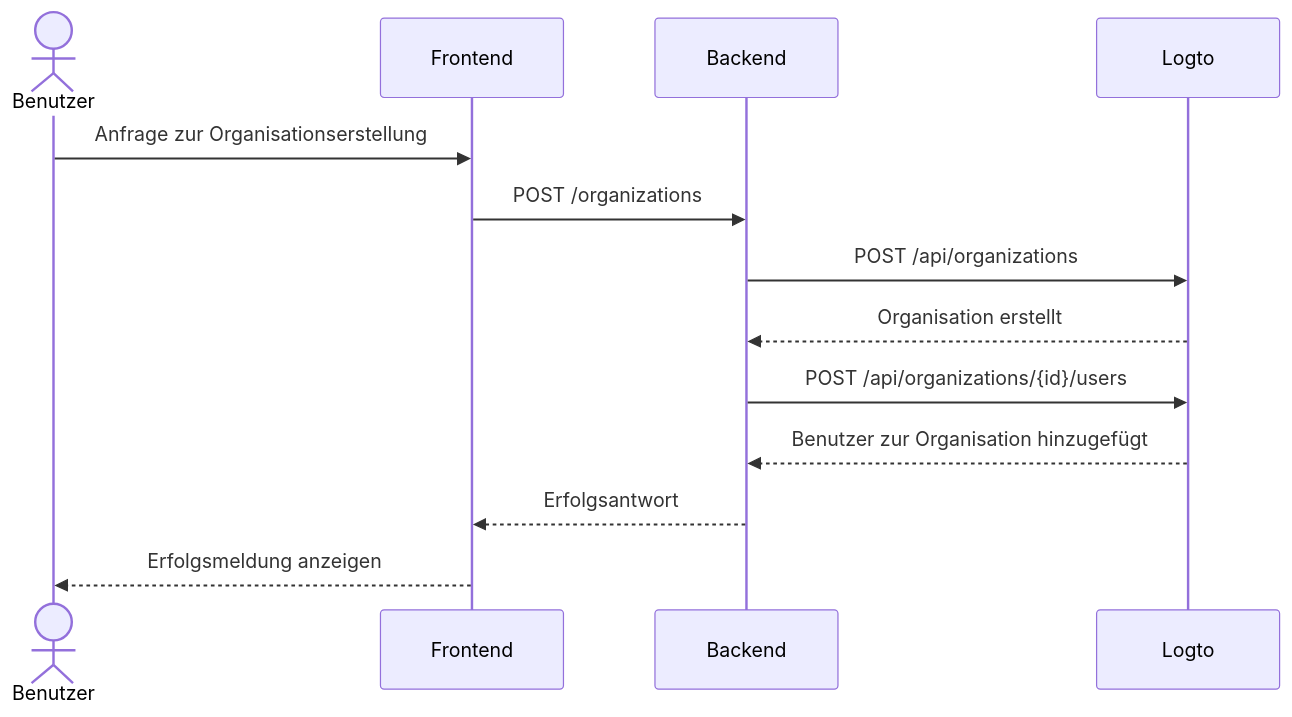
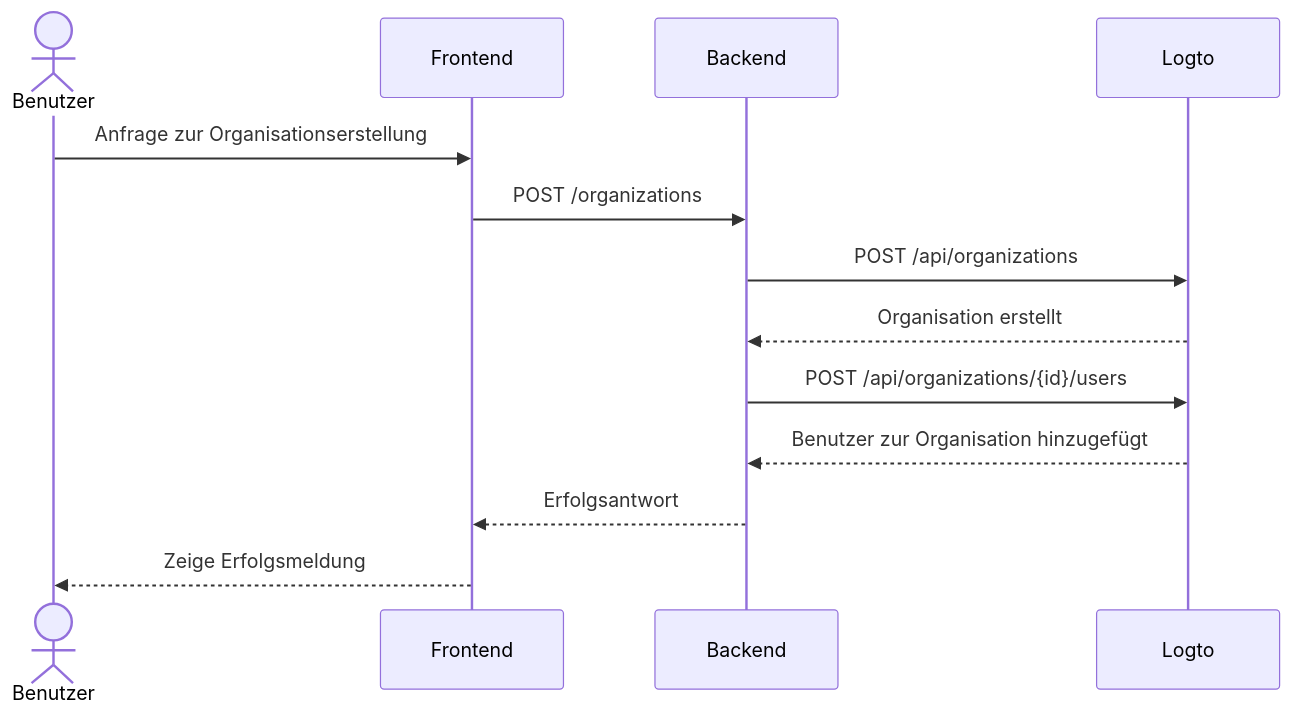
Before and after one commit to logto-io/docs: the seventh of 7 diagrams in i18n/de/docusaurus-plugin-content-docs/current/use-cases/multi-tenancy/build-multi-tenant-saas-application.mdx, drawn with Mermaid. The commit also changed other lines of this file and 666 other files, not shown here.

````diff
--- a/i18n/de/docusaurus-plugin-content-docs/current/use-cases/multi-tenancy/build-multi-tenant-saas-application.mdx
+++ b/i18n/de/docusaurus-plugin-content-docs/current/use-cases/multi-tenancy/build-multi-tenant-saas-application.mdx
@@ -572,16 +572,16 @@
 ```mermaid
 sequenceDiagram
   actor A as Benutzer
   participant B as Frontend
   participant C as Backend
   participant D as Logto
 
   A->>B: Anfrage zur Organisationserstellung
   B->>C: POST /organizations
   C->>D: POST /api/organizations
   D-->>C: Organisation erstellt
   C->>D: POST /api/organizations/{id}/users
   D-->>C: Benutzer zur Organisation hinzugefügt
   C-->>B: Erfolgsantwort
-  B-->>A: Erfolgsmeldung anzeigen
+  B-->>A: Zeige Erfolgsmeldung
 ```
````
